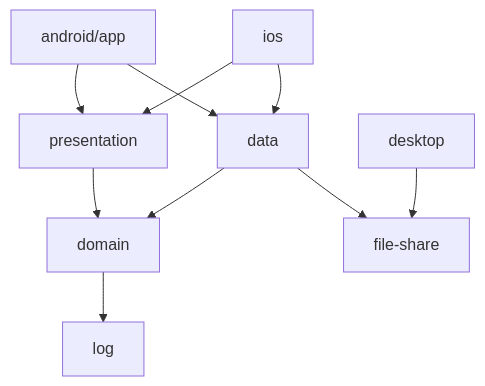
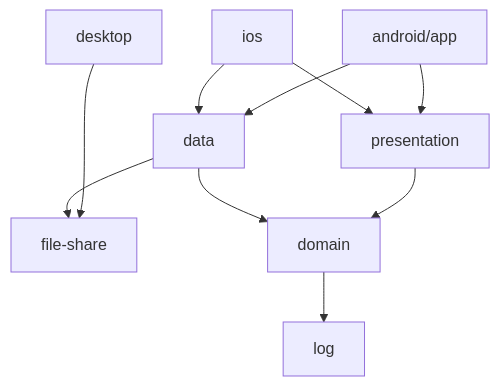
The diagram in README.md (kintmin/JellyTube), drawn with Mermaid before and after one commit.

Commit message:
구조 도식에서 desktop 을 플랫폼 줄에 둔다
desktop 은 android·ios 와 같은 플랫폼 단위인데, file-share 하나만 의존해서 자동 배치가 한 줄
아래로 내렸다. 보이지 않는 선으로 같은 줄에 올린다.

````diff
--- a/README.md
+++ b/README.md
@@ -48,12 +48,14 @@
 ```mermaid
 graph TD
     android["android/app"] --> presentation
     android --> data
     ios --> presentation
     ios --> data
     desktop --> fileshare["file-share"]
     presentation --> domain
     data --> domain
     data --> fileshare
     domain --> log
+    %% 보이지 않는 선. desktop 을 android·ios 와 같은 줄에 둔다.
+    desktop ~~~ data
 ```
````
